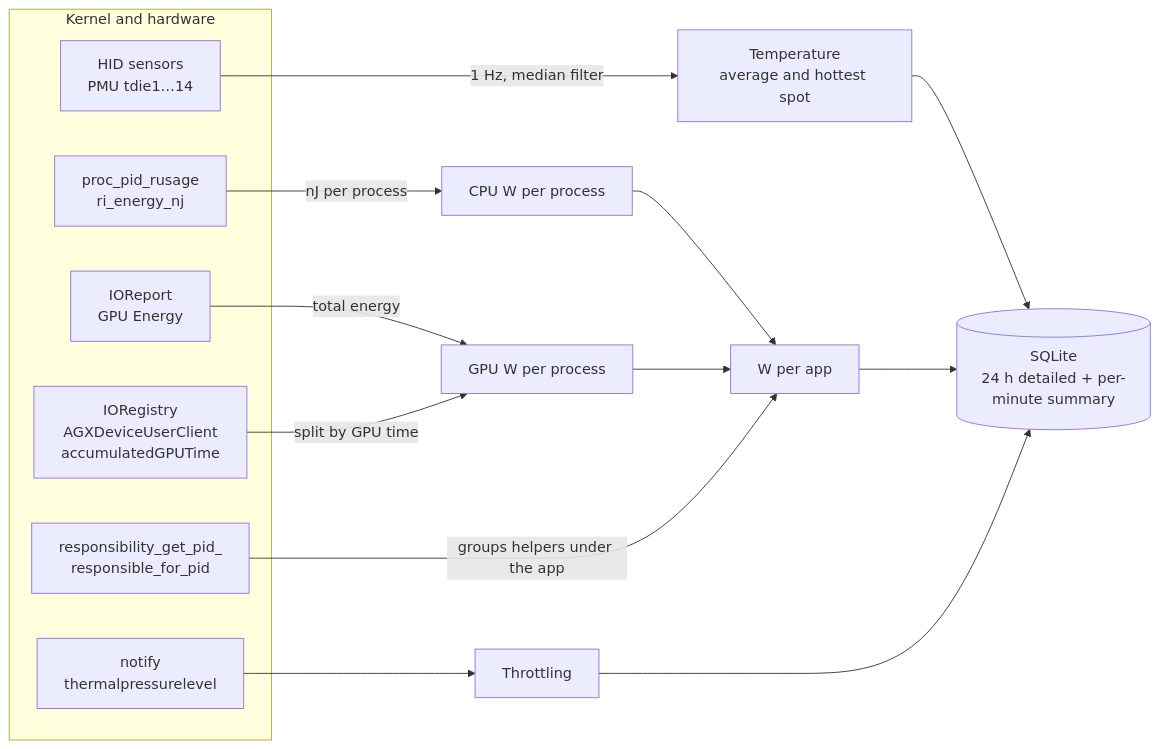
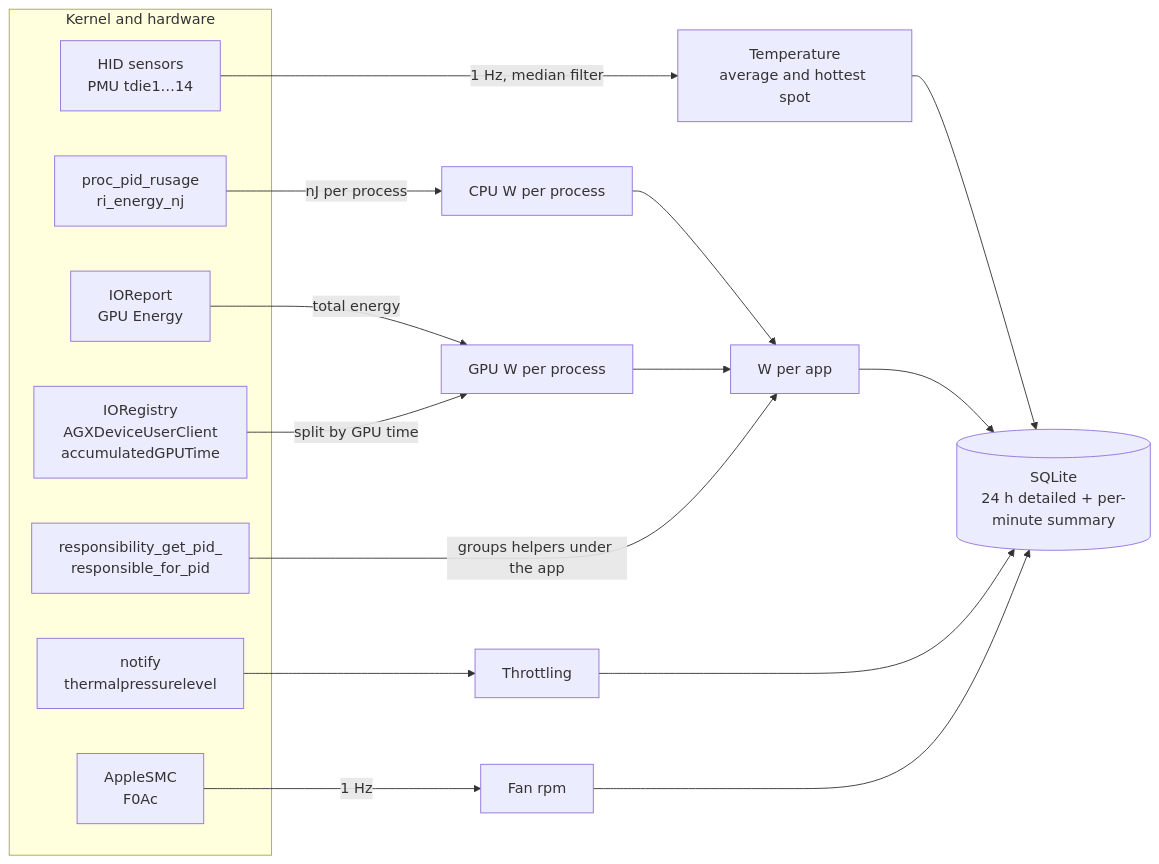
Before and after one commit to gbrlrg/termo-bar: the diagram in README.md, drawn with Mermaid. The commit also changed other lines of this file and 28 other files, not shown here.

````diff
--- a/README.md
+++ b/README.md
@@ -67,22 +68,25 @@
 ```mermaid
 flowchart LR
     subgraph Kernel and hardware
         HID["HID sensors<br/>PMU tdie1…14"]
         RU["proc_pid_rusage<br/>ri_energy_nj"]
         IOR["IOReport<br/>GPU Energy"]
         AGX["IORegistry<br/>AGXDeviceUserClient<br/>accumulatedGPUTime"]
         RESP["responsibility_get_pid_<br/>responsible_for_pid"]
         TP["notify<br/>thermalpressurelevel"]
+        SMC["AppleSMC<br/>F0Ac"]
     end
     HID -->|"1 Hz, median filter"| T["Temperature<br/>average and hottest spot"]
     RU -->|"nJ per process"| CPU["CPU W per process"]
     IOR -->|"total energy"| GPU["GPU W per process"]
     AGX -->|"split by GPU time"| GPU
     CPU --> APP["W per app"]
     GPU --> APP
     RESP -->|"groups helpers under the app"| APP
     TP --> TH["Throttling"]
     T --> DB[("SQLite<br/>24 h detailed + per-minute summary")]
     APP --> DB
     TH --> DB
+    SMC -->|"1 Hz"| FAN["Fan rpm"]
+    FAN --> DB
 ```
````
